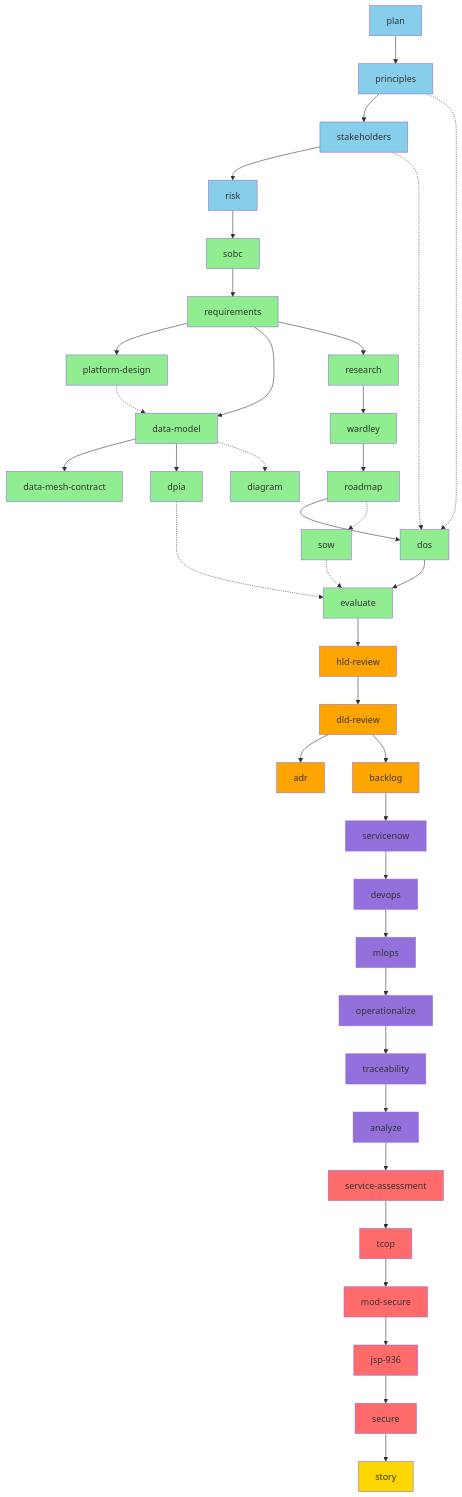
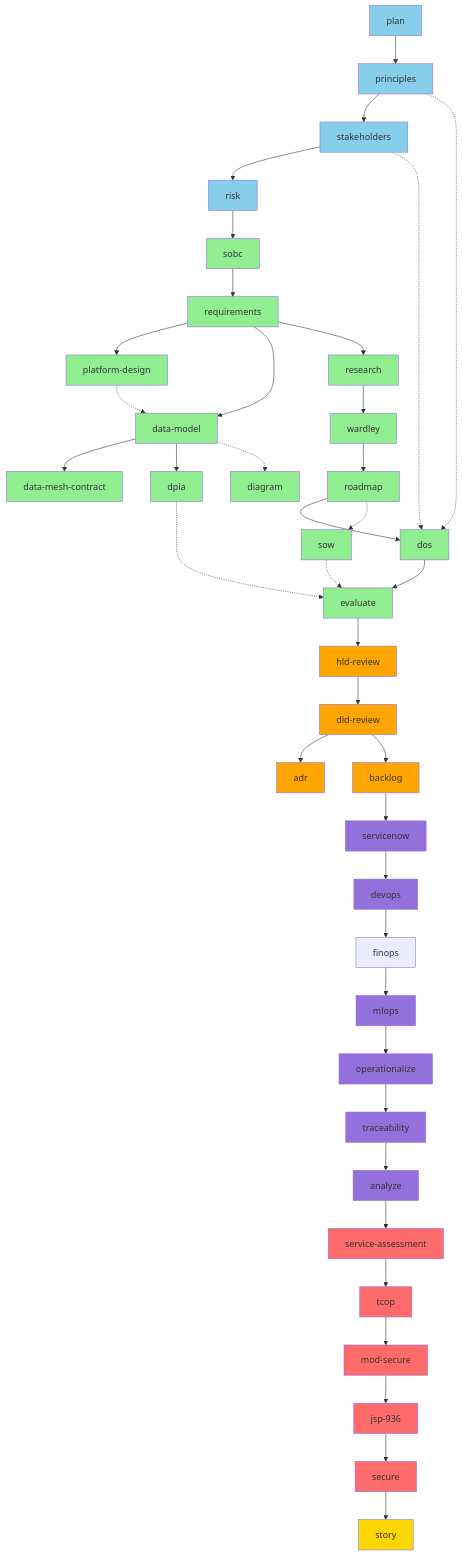
Before and after one commit to tractorjuice/arc-kit: the fifth of 9 diagrams in WORKFLOW-DIAGRAMS.md, drawn with Mermaid. The commit also changed other lines of this file and 3 other files, not shown here.

```diff
--- a/WORKFLOW-DIAGRAMS.md
+++ b/WORKFLOW-DIAGRAMS.md
@@ -444,7 +448,8 @@
     %% Tier 8-9: Operations & Quality
     T --> W[servicenow]
     W --> W1[devops]
-    W1 --> W2[mlops]
+    W1 --> W1a[finops]
+    W1a --> W2[mlops]
     W2 --> W3[operationalize]
     W3 --> X[traceability]
     X --> Y[analyze]
```
